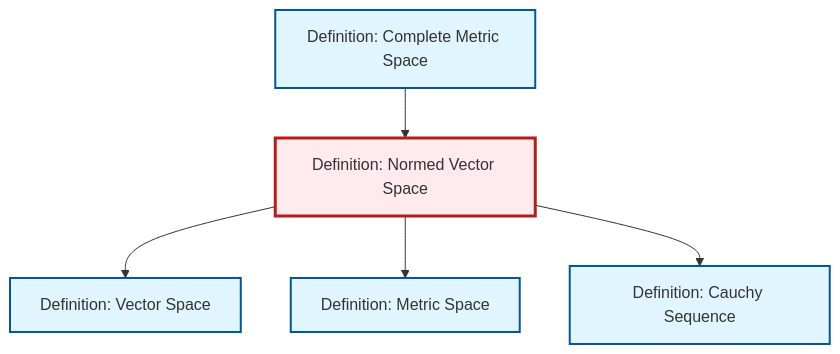
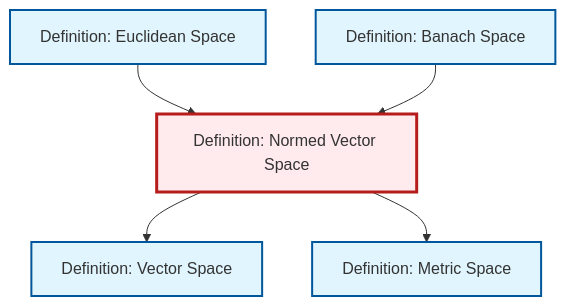
Before and after one commit to RK0429/ModernMath: the diagram in content/en/analysis/def-normed-vector-space.qmd, drawn with Mermaid. The commit also changed other lines of this file and 581 other files, not shown here.

First line of the commit message:
feat: Add epimorphism definition and complete integral domain translations

````diff
--- a/content/en/analysis/def-normed-vector-space.qmd
+++ b/content/en/analysis/def-normed-vector-space.qmd
@@ -130,23 +131,23 @@
 ```{mermaid}
 %%| fig-cap: "Local dependency graph"
 graph TD
     classDef definition fill:#e1f5fe,stroke:#01579b,stroke-width:2px
     classDef theorem fill:#f3e5f5,stroke:#4a148c,stroke-width:2px
     classDef axiom fill:#fff3e0,stroke:#e65100,stroke-width:2px
     classDef example fill:#e8f5e9,stroke:#1b5e20,stroke-width:2px
     classDef current fill:#ffebee,stroke:#b71c1c,stroke-width:3px
+    def-vector-space["Definition: Vector Space"]:::definition
     def-normed-vector-space["Definition: Normed Vector Space"]:::definition
-    def-vector-space["Definition: Vector Space"]:::definition
+    def-euclidean-space["Definition: Euclidean Space"]:::definition
+    def-banach-space["Definition: Banach Space"]:::definition
     def-metric-space["Definition: Metric Space"]:::definition
-    def-complete-metric-space["Definition: Complete Metric Space"]:::definition
-    def-cauchy-sequence["Definition: Cauchy Sequence"]:::definition
+    def-euclidean-space --> def-normed-vector-space
+    def-banach-space --> def-normed-vector-space
     def-normed-vector-space --> def-vector-space
     def-normed-vector-space --> def-metric-space
-    def-complete-metric-space --> def-normed-vector-space
-    def-normed-vector-space --> def-cauchy-sequence
     class def-normed-vector-space current
-    click def-vector-space "../algebra/def-vector-space.html" "Go to Vector Space definition"
+    click def-vector-space "def-vector-space.html" "Go to Vector Space definition"
+    click def-euclidean-space "def-euclidean-space.html" "Go to Euclidean Space definition"
+    click def-banach-space "def-banach-space.html" "Go to Banach Space definition"
     click def-metric-space "def-metric-space.html" "Go to Metric Space definition"
-    click def-complete-metric-space "def-complete-metric-space.html" "Go to Complete Metric Space definition"
-    click def-cauchy-sequence "def-cauchy-sequence.html" "Go to Cauchy Sequence definition"
 ```
````
